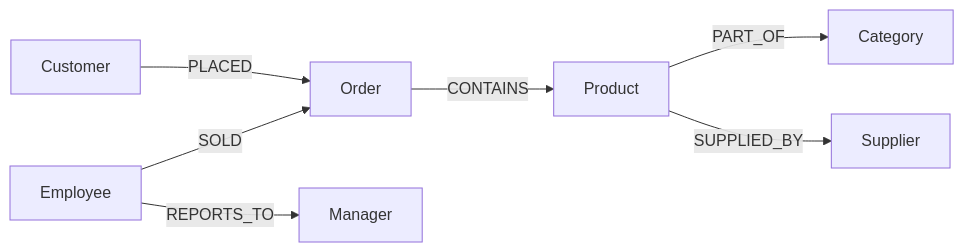
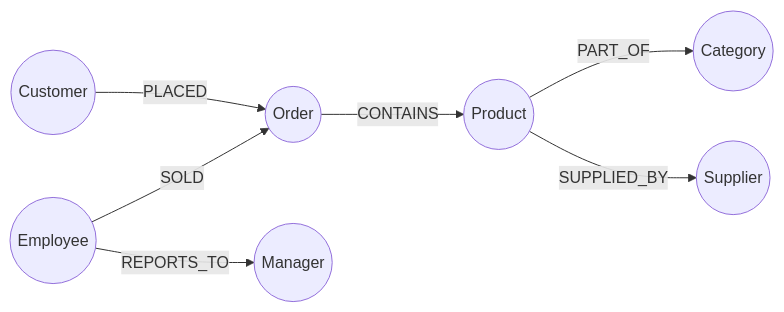
One commit to neo4j-graphacademy/courses changed the diagram in asciidoc/courses/workshop-importing/modules/2-data-modeling/lessons/2-understanding-domain/lesson.adoc. Above: the diagram before and after it, drawn with Mermaid. The commit also changed 15 other files, not shown here.

````diff
--- a/asciidoc/courses/workshop-importing/modules/2-data-modeling/lessons/2-understanding-domain/lesson.adoc
+++ b/asciidoc/courses/workshop-importing/modules/2-data-modeling/lessons/2-understanding-domain/lesson.adoc
@@ -95,9 +95,9 @@
 ```mermaid
 graph LR
-    A[Customer] -->|PLACED| B[Order]
-    B -->|CONTAINS| C[Product]
-    C -->|PART_OF| D[Category]
-    C -->|SUPPLIED_BY| E[Supplier]
-    F[Employee] -->|SOLD| B
-    F -->|REPORTS_TO| G[Manager]
+    A((Customer)) -->|PLACED| B((Order))
+    B -->|CONTAINS| C((Product))
+    C -->|PART_OF| D((Category))
+    C -->|SUPPLIED_BY| E((Supplier))
+    F((Employee)) -->|SOLD| B
+    F -->|REPORTS_TO| G((Manager))
 ```
````
